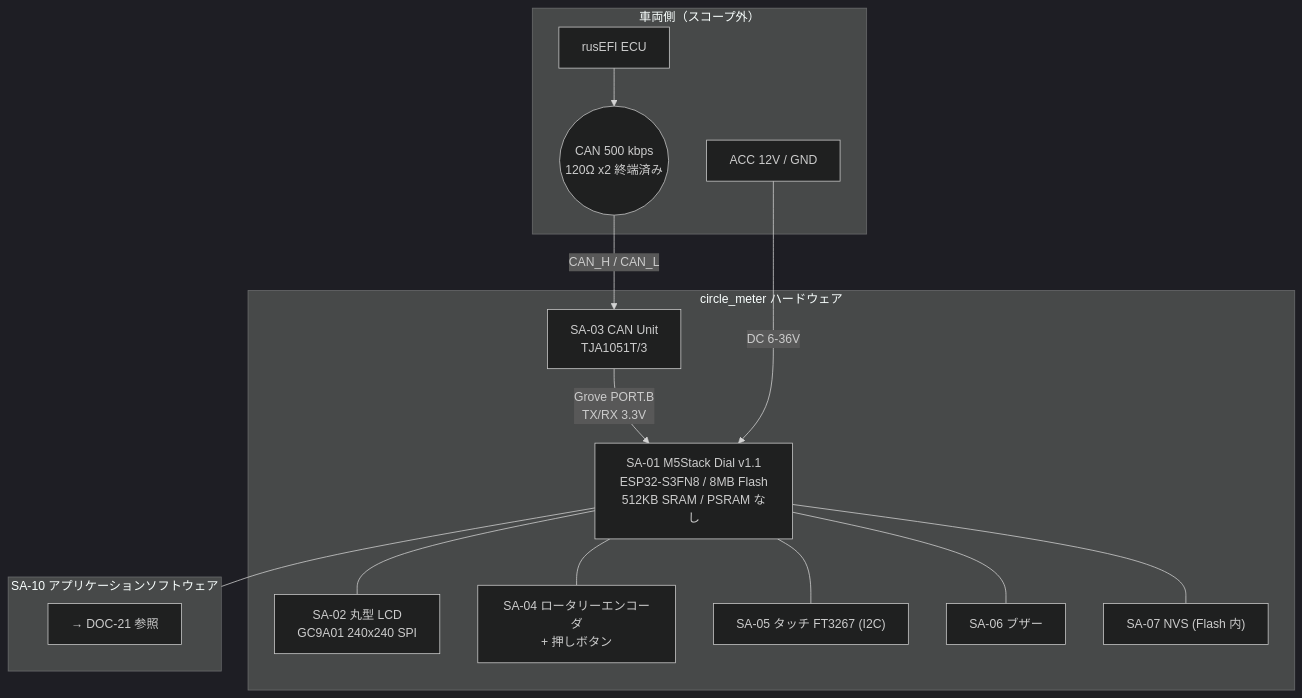
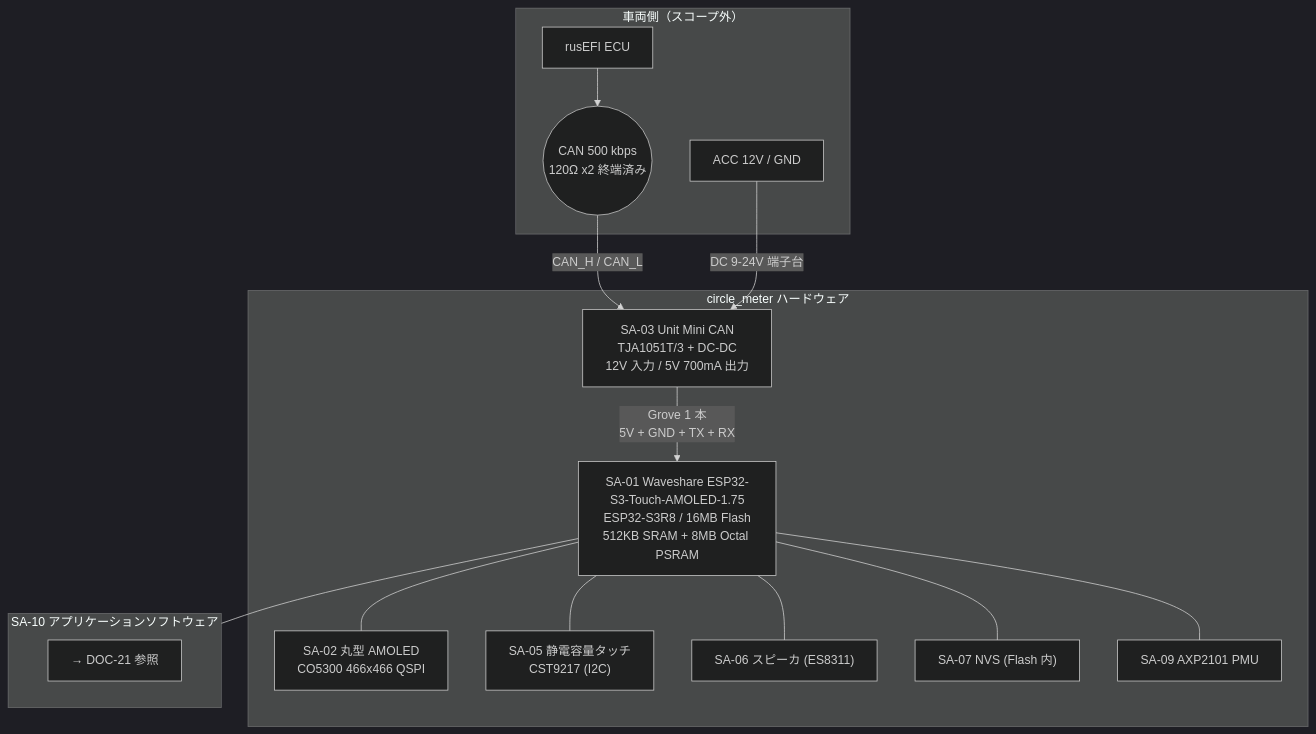
Before and after one commit to chaketek/circle_meter: the first of 2 diagrams in docs/12_SYS3_system_arch.md, drawn with Mermaid (dark theme). The commit also changed other lines of this file and 11 other files, not shown here.

First line of the commit message:
docs: 対象ハードを Waveshare ESP32-S3-Touch-AMOLED-1.75 へ変更する

````diff
--- a/docs/12_SYS3_system_arch.md
+++ b/docs/12_SYS3_system_arch.md
@@ -14,33 +14,33 @@
 ```mermaid
 flowchart TB
     subgraph VEH["車両側（スコープ外）"]
       ECU["rusEFI ECU"]
       BUS(("CAN 500 kbps\n120Ω x2 終端済み"))
       ACC["ACC 12V / GND"]
     end
 
     subgraph HW["circle_meter ハードウェア"]
-      SA3["SA-03 CAN Unit\nTJA1051T/3"]
-      SA1["SA-01 M5Stack Dial v1.1\nESP32-S3FN8 / 8MB Flash\n512KB SRAM / PSRAM なし"]
-      SA2["SA-02 丸型 LCD\nGC9A01 240x240 SPI"]
-      SA4["SA-04 ロータリーエンコーダ\n+ 押しボタン"]
-      SA5["SA-05 タッチ FT3267 (I2C)"]
-      SA6["SA-06 ブザー"]
+      SA3["SA-03 Unit Mini CAN\nTJA1051T/3 + DC-DC\n12V 入力 / 5V 700mA 出力"]
+      SA1["SA-01 Waveshare ESP32-S3-Touch-AMOLED-1.75\nESP32-S3R8 / 16MB Flash\n512KB SRAM + 8MB Octal PSRAM"]
+      SA2["SA-02 丸型 AMOLED\nCO5300 466x466 QSPI"]
+      SA5["SA-05 静電容量タッチ\nCST9217 (I2C)"]
+      SA6["SA-06 スピーカ (ES8311)"]
       SA7["SA-07 NVS (Flash 内)"]
+      SA9["SA-09 AXP2101 PMU"]
     end
 
     subgraph SW["SA-10 アプリケーションソフトウェア"]
       SWX["→ DOC-21 参照"]
     end
 
     ECU --> BUS
     BUS -->|CAN_H / CAN_L| SA3
-    SA3 -->|Grove PORT.B\nTX/RX 3.3V| SA1
-    ACC -->|DC 6-36V| SA1
+    ACC -->|DC 9-24V 端子台| SA3
+    SA3 -->|Grove 1 本\n5V + GND + TX + RX| SA1
     SA1 --- SA2
-    SA1 --- SA4
     SA1 --- SA5
     SA1 --- SA6
     SA1 --- SA7
+    SA1 --- SA9
     SA1 --- SW
 ```
````
